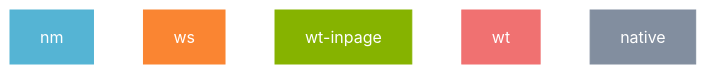
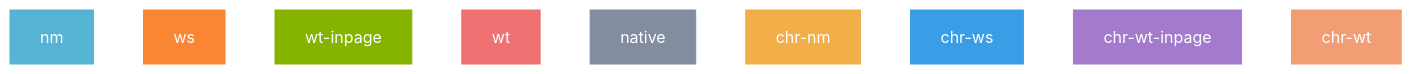
The fourth of 6 diagrams in docs/BENCHMARK.md (K4zoku/FF-WebHID), drawn with Mermaid (base theme) before and after one commit. The commit also changed other lines of this file and 4 other files, not shown here.

Commit message:
docs: merge chr benchmark series into shared charts

````diff
--- a/docs/BENCHMARK.md
+++ b/docs/BENCHMARK.md
@@ -195,9 +203,13 @@
 ```mermaid
 flowchart LR
-    nm["nm"]:::m1 ~~~ ws["ws"]:::m2 ~~~ wtip["wt-inpage"]:::m3 ~~~ wt["wt"]:::m4 ~~~ nat["native"]:::m5
+    nm["nm"]:::m1 ~~~ ws["ws"]:::m2 ~~~ wtip["wt-inpage"]:::m3 ~~~ wt["wt"]:::m4 ~~~ nat["native"]:::m5 ~~~ crnm["chr-nm"]:::m6 ~~~ crws["chr-ws"]:::m7 ~~~ crwti["chr-wt-inpage"]:::m8 ~~~ crwt["chr-wt"]:::m9
     classDef m1 fill:#55b4d4,stroke:#55b4d4,color:#fff
     classDef m2 fill:#fa8532,stroke:#fa8532,color:#fff
     classDef m3 fill:#86b300,stroke:#86b300,color:#fff
     classDef m4 fill:#f07171,stroke:#f07171,color:#fff
     classDef m5 fill:#828e9f,stroke:#828e9f,color:#fff
+    classDef m6 fill:#f2ae49,stroke:#f2ae49,color:#fff
+    classDef m7 fill:#399ee6,stroke:#399ee6,color:#fff
+    classDef m8 fill:#a37acc,stroke:#a37acc,color:#fff
+    classDef m9 fill:#f29e74,stroke:#f29e74,color:#fff
 ```
````
